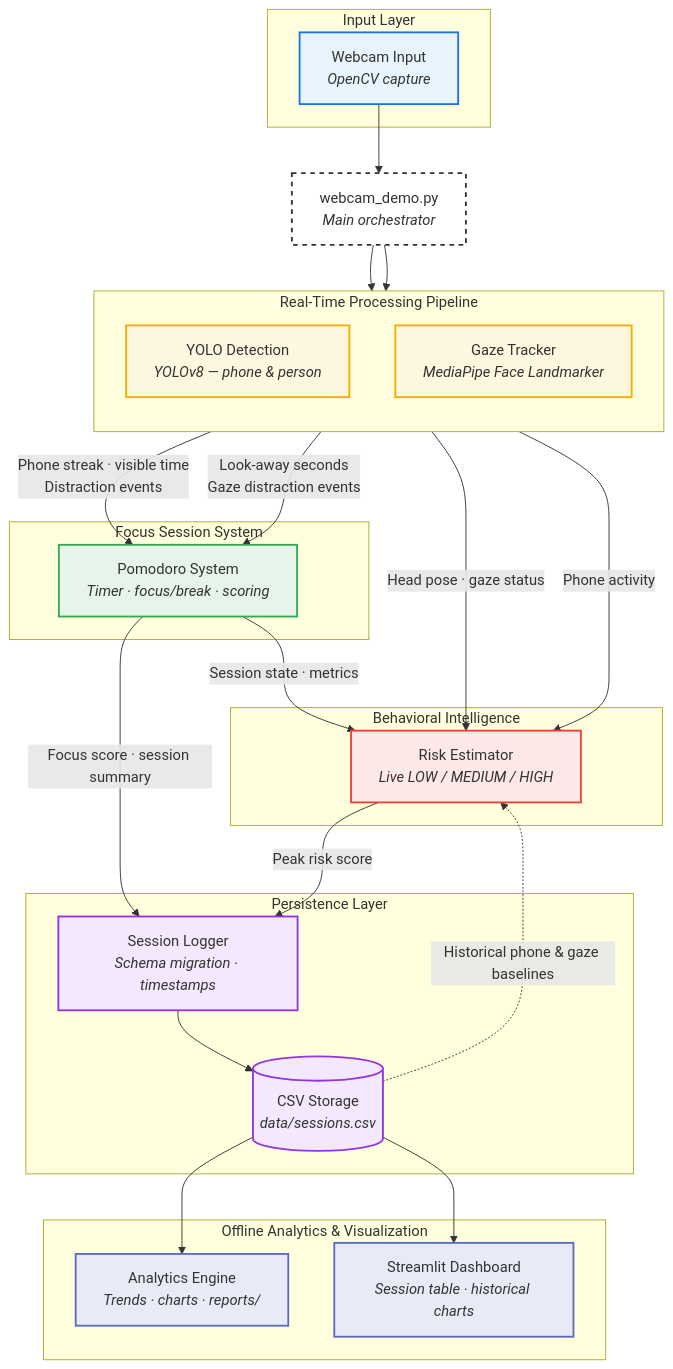
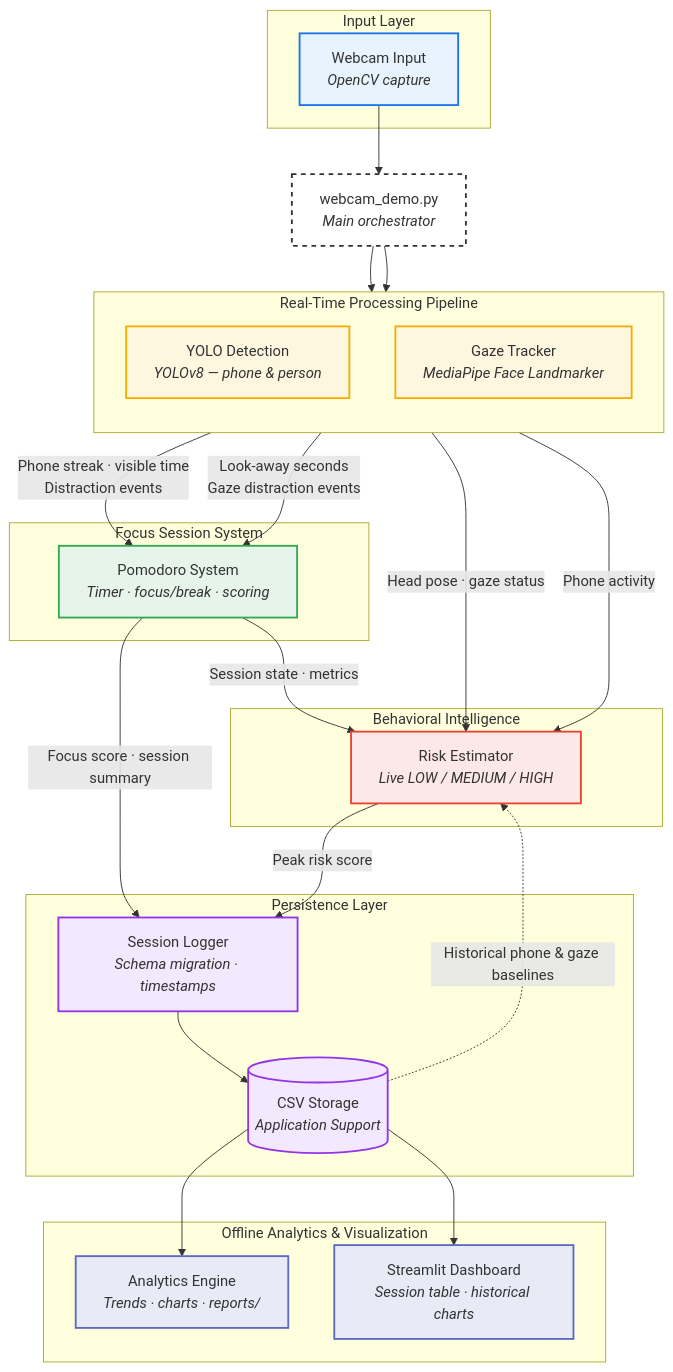
The diagram in README.md (oryangdo/ai-focus-assistant), drawn with Mermaid before and after one commit. The commit also changed other lines of this file and 24 other files, not shown here.

````diff
--- a/README.md
+++ b/README.md
@@ -63,68 +51,68 @@
 ```mermaid
 flowchart TB
     subgraph Input["Input Layer"]
         WC["Webcam Input<br/><i>OpenCV capture</i>"]
     end
 
     subgraph RealTime["Real-Time Processing Pipeline"]
         direction TB
         YOLO["YOLO Detection<br/><i>YOLOv8 — phone & person</i>"]
         GAZE["Gaze Tracker<br/><i>MediaPipe Face Landmarker</i>"]
     end
 
     subgraph Session["Focus Session System"]
         POM["Pomodoro System<br/><i>Timer · focus/break · scoring</i>"]
     end
 
     subgraph Intelligence["Behavioral Intelligence"]
         RISK["Risk Estimator<br/><i>Live LOW / MEDIUM / HIGH</i>"]
     end
 
     subgraph Persistence["Persistence Layer"]
         LOG["Session Logger<br/><i>Schema migration · timestamps</i>"]
-        CSV[("CSV Storage<br/><i>data/sessions.csv</i>")]
+        CSV[("CSV Storage<br/><i>Application Support</i>")]
     end
 
     subgraph Offline["Offline Analytics & Visualization"]
         ANALYTICS["Analytics Engine<br/><i>Trends · charts · reports/</i>"]
         DASH["Streamlit Dashboard<br/><i>Session table · historical charts</i>"]
     end
 
     ORCH["webcam_demo.py<br/><i>Main orchestrator</i>"]
 
     WC --> ORCH
     ORCH --> YOLO
     ORCH --> GAZE
 
     YOLO -->|"Phone streak · visible time<br/>Distraction events"| POM
     GAZE -->|"Look-away seconds<br/>Gaze distraction events"| POM
 
     POM -->|"Session state · metrics"| RISK
     GAZE -->|"Head pose · gaze status"| RISK
     YOLO -->|"Phone activity"| RISK
 
     CSV -.->|"Historical phone & gaze baselines"| RISK
 
     POM -->|"Focus score · session summary"| LOG
     RISK -->|"Peak risk score"| LOG
     LOG --> CSV
 
     CSV --> ANALYTICS
     CSV --> DASH
 
     classDef input fill:#e8f4fd,stroke:#1a73e8,stroke-width:2px
     classDef realtime fill:#fef7e0,stroke:#f9ab00,stroke-width:2px
     classDef session fill:#e6f4ea,stroke:#34a853,stroke-width:2px
     classDef intel fill:#fce8e6,stroke:#ea4335,stroke-width:2px
     classDef persist fill:#f3e8fd,stroke:#9334e6,stroke-width:2px
     classDef offline fill:#e8eaf6,stroke:#5c6bc0,stroke-width:2px
     classDef orch fill:#fff,stroke:#333,stroke-width:2px,stroke-dasharray: 5 5
 
     class WC input
     class YOLO,GAZE realtime
     class POM session
     class RISK intel
     class LOG,CSV persist
     class ANALYTICS,DASH offline
     class ORCH orch
 ```
````
